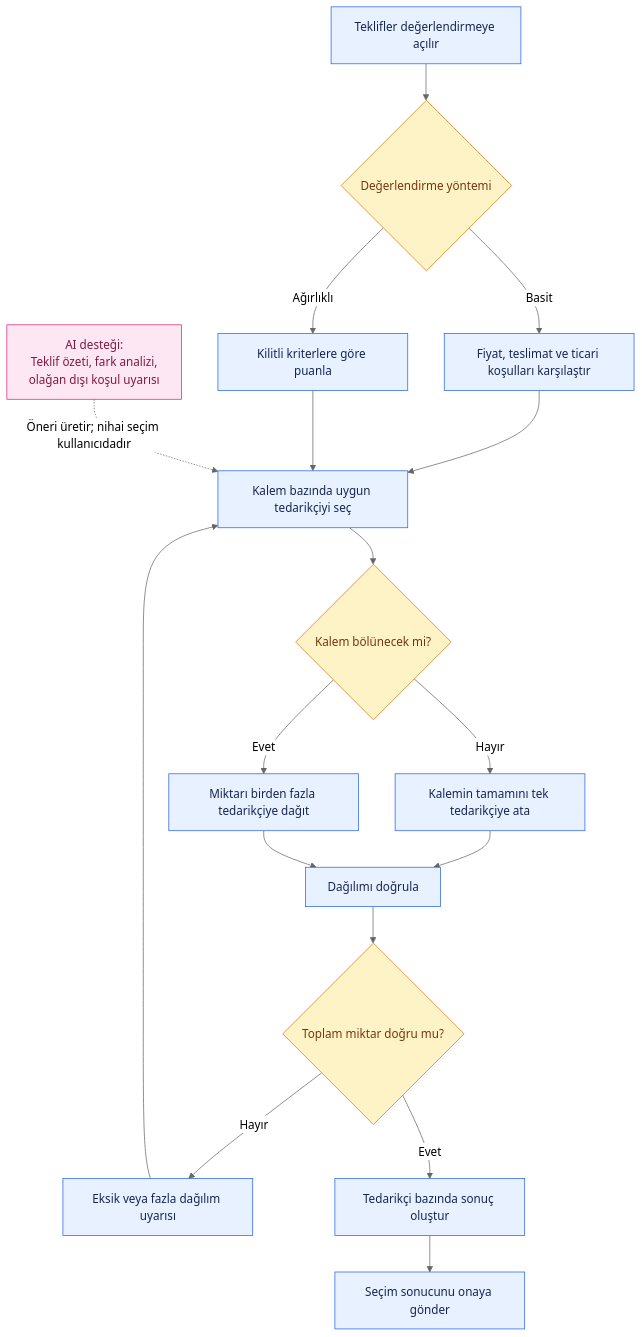
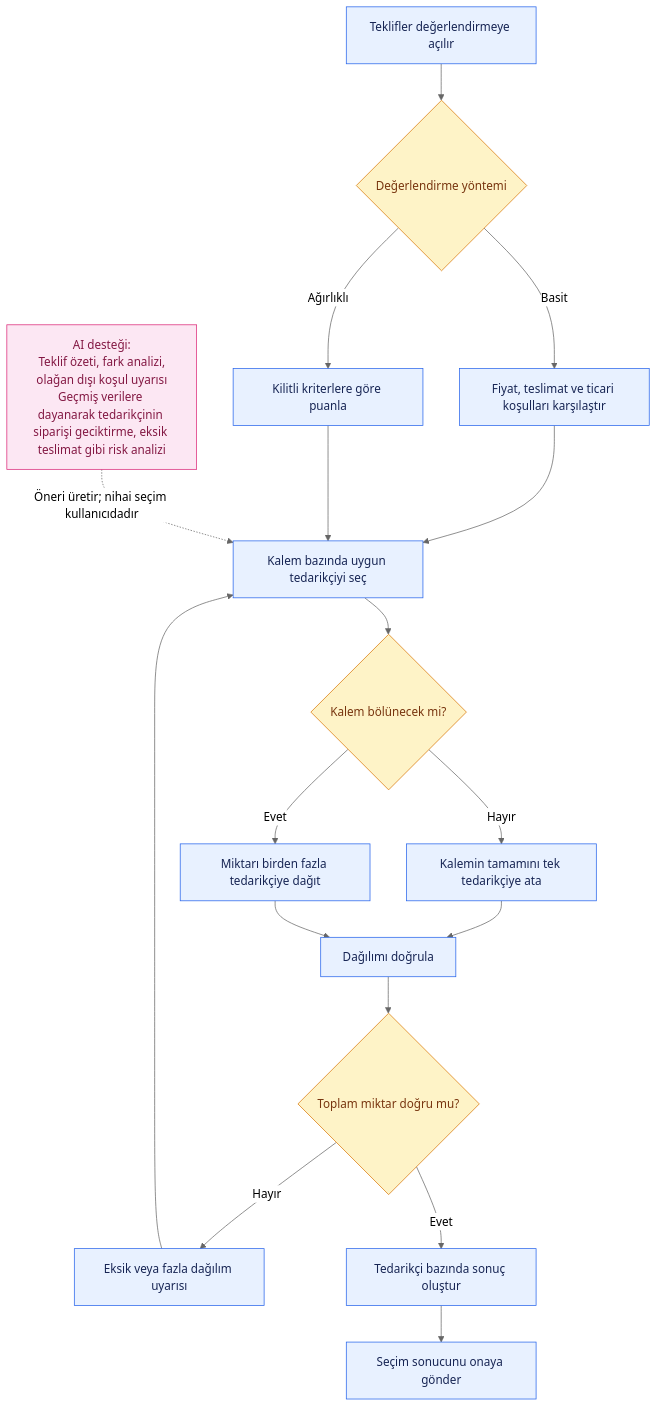
The diagram in docs/flowcharts/05_teklif_degerlendirme_kazanan_secimi.mmd (Cemalll/SupplierPortal), drawn with Mermaid (neutral theme) before and after one commit.

Commit message:
Enhance AI support details in flowchart
Expanded AI support description to include risk analysis based on historical data.

```diff
--- a/docs/flowcharts/05_teklif_degerlendirme_kazanan_secimi.mmd
+++ b/docs/flowcharts/05_teklif_degerlendirme_kazanan_secimi.mmd
@@ -1,27 +1,27 @@
 flowchart TD
     A[Teklifler değerlendirmeye açılır] --> B{Değerlendirme yöntemi}
     B -->|Basit| C[Fiyat, teslimat ve ticari koşulları karşılaştır]
     B -->|Ağırlıklı| D[Kilitli kriterlere göre puanla]
     C --> E[Kalem bazında uygun tedarikçiyi seç]
     D --> E
 
     E --> F{Kalem bölünecek mi?}
     F -->|Hayır| G[Kalemin tamamını tek tedarikçiye ata]
     F -->|Evet| H[Miktarı birden fazla tedarikçiye dağıt]
     G --> I[Dağılımı doğrula]
     H --> I
 
     I --> J{Toplam miktar doğru mu?}
     J -->|Hayır| K[Eksik veya fazla dağılım uyarısı] --> E
     J -->|Evet| L[Tedarikçi bazında sonuç oluştur]
     L --> M[Seçim sonucunu onaya gönder]
 
-    AI[AI desteği:<br/>Teklif özeti, fark analizi,<br/>olağan dışı koşul uyarısı]
+    AI[AI desteği:<br/>Teklif özeti, fark analizi,<br/>olağan dışı koşul uyarısı<br/>Geçmiş verilere dayanarak tedarikçinin siparişi geciktirme, eksik teslimat gibi risk analizi]
     AI -. "Öneri üretir; nihai seçim kullanıcıdadır" .-> E
 
     classDef process fill:#E8F1FF,stroke:#2563EB,color:#172554
     classDef decision fill:#FEF3C7,stroke:#D97706,color:#78350F
     classDef ai fill:#FCE7F3,stroke:#DB2777,color:#831843
     class A,C,D,E,G,H,I,K,L,M process
     class B,F,J decision
     class AI ai
```
